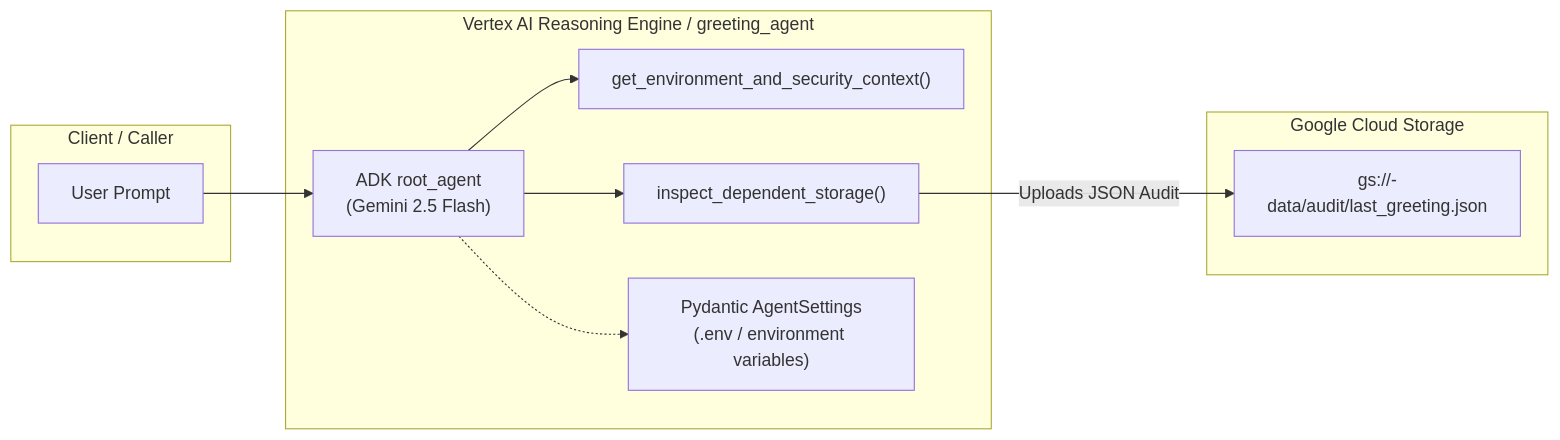
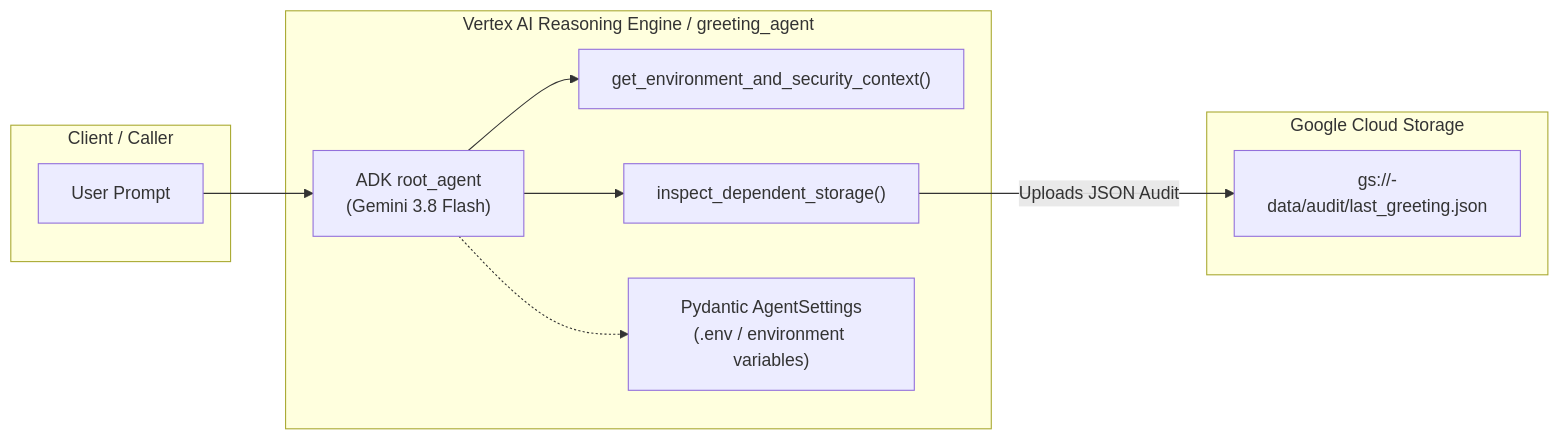
One commit to rodrigo-m/adk-sdlc changed the diagram in documentation/agent-example-rationale.md. Above: the diagram before and after it, drawn with Mermaid. The commit also changed 4 other files, not shown here.

````diff
--- a/documentation/agent-example-rationale.md
+++ b/documentation/agent-example-rationale.md
@@ -15,23 +15,23 @@
 ```mermaid
 flowchart LR
     subgraph Client ["Client / Caller"]
         User["User Prompt"]
     end
 
     subgraph AgentRuntime ["Vertex AI Reasoning Engine / greeting_agent"]
-        Agent["ADK root_agent<br/>(Gemini 2.5 Flash)"]
+        Agent["ADK root_agent<br/>(Gemini 3.8 Flash)"]
         ToolEnv["get_environment_and_security_context()"]
         ToolGCS["inspect_dependent_storage()"]
         Config["Pydantic AgentSettings<br/>(.env / environment variables)"]
     end
 
     subgraph Storage ["Google Cloud Storage"]
         Bucket["gs://<project-id>-data/audit/last_greeting.json"]
     end
 
     User --> Agent
     Agent -.-> Config
     Agent --> ToolEnv
     Agent --> ToolGCS
     ToolGCS -->|Uploads JSON Audit| Bucket
 ```
````
